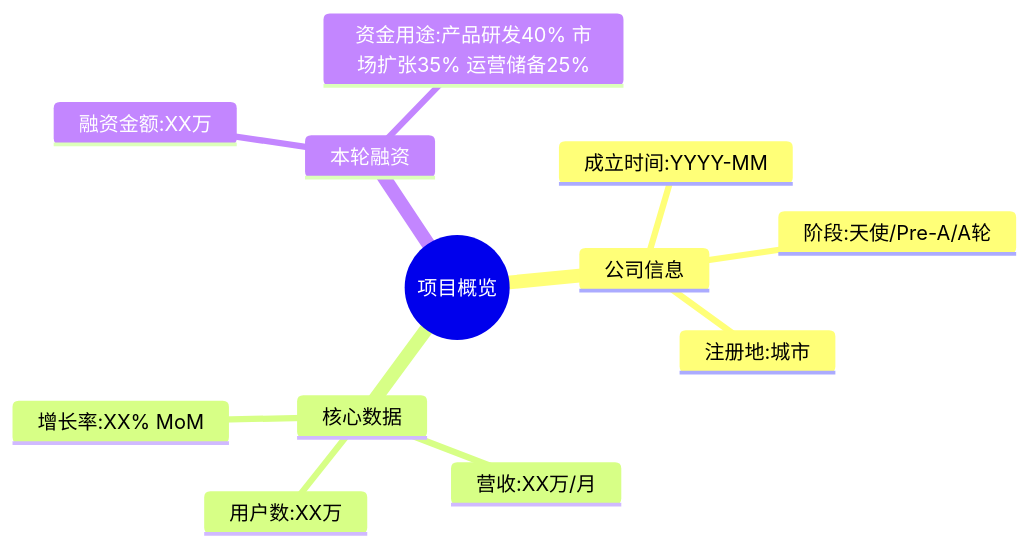
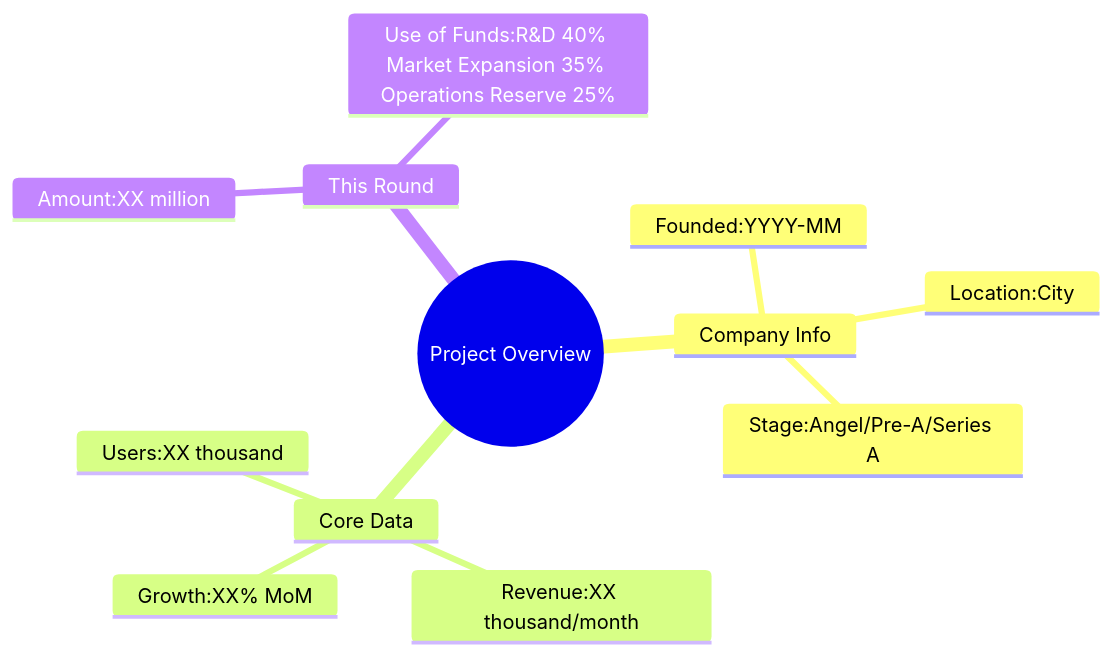
The first of 10 diagrams in templates/【模板】商业计划书.md (Kirky-X/cangjie), drawn with Mermaid before and after one commit. The commit also changed other lines of this file and 60 other files, not shown here.

````diff
--- a/templates/【模板】商业计划书.md
+++ b/templates/【模板】商业计划书.md
@@ -53,15 +53,15 @@
 ```mermaid
 mindmap
-  root((项目概览))
-    公司信息
-      成立时间:YYYY-MM
-      注册地:城市
-      阶段:天使/Pre-A/A轮
-    核心数据
-      用户数:XX万
-      营收:XX万/月
-      增长率:XX% MoM
-    本轮融资
-      融资金额:XX万
-      资金用途:产品研发40% 市场扩张35% 运营储备25%
+  root((Project Overview))
+    Company Info
+      Founded:YYYY-MM
+      Location:City
+      Stage:Angel/Pre-A/Series A
+    Core Data
+      Users:XX thousand
+      Revenue:XX thousand/month
+      Growth:XX% MoM
+    This Round
+      Amount:XX million
+      Use of Funds:R&D 40% Market Expansion 35% Operations Reserve 25%
 ```
````
